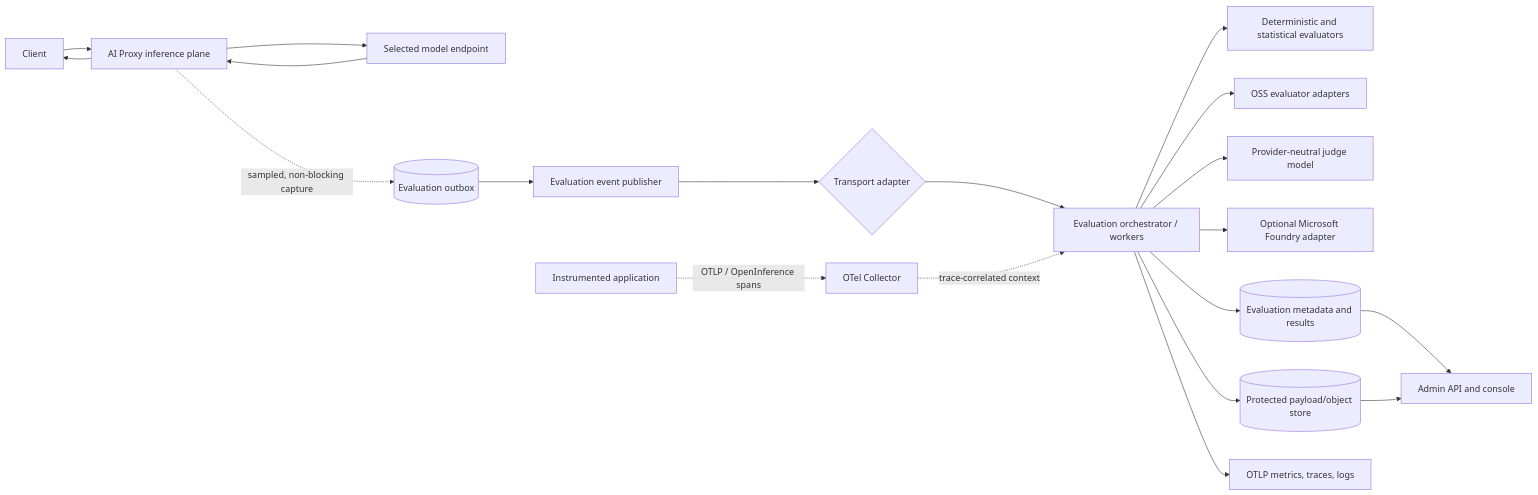
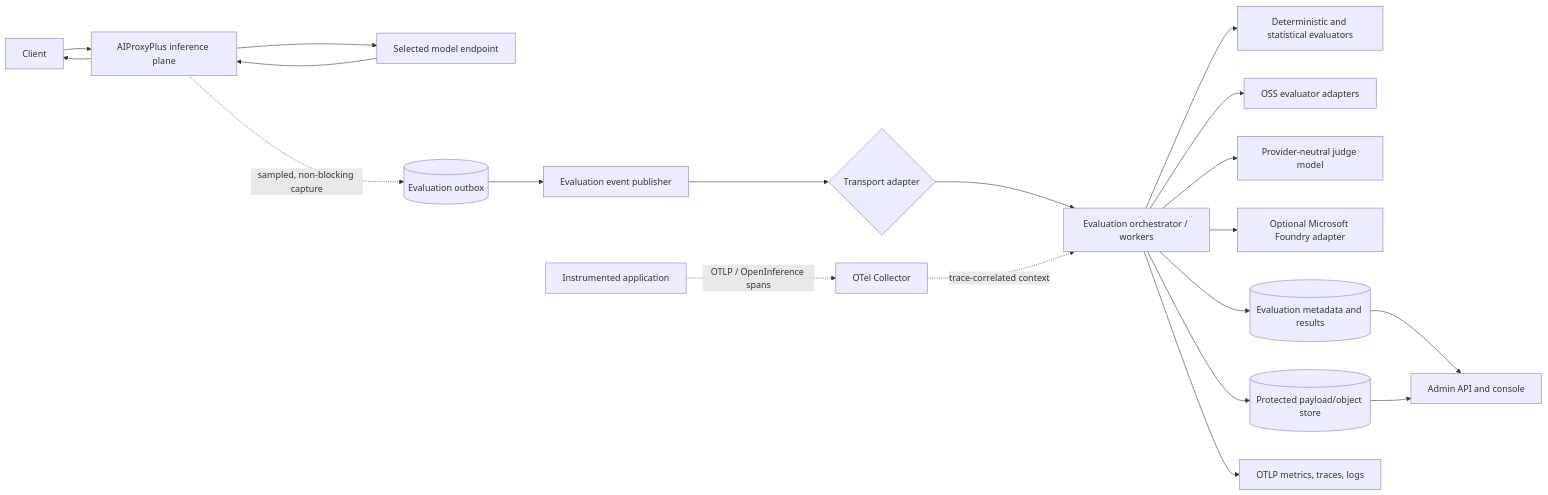
One commit to azureholic/AIProxyPlus changed the diagram in specs/architecture/architecture-evals.md. Above: the diagram before and after it, drawn with Mermaid. The commit also changed other lines of this file and 617 other files, not shown here.

Commit message:
Rename solution to AIProxyPlus

````diff
--- a/specs/architecture/architecture-evals.md
+++ b/specs/architecture/architecture-evals.md
@@ -94,25 +94,25 @@
 ```mermaid
 flowchart LR
-    Client --> Proxy[AI Proxy inference plane]
+    Client --> Proxy[AIProxyPlus inference plane]
     Proxy --> Model[Selected model endpoint]
     Model --> Proxy
     Proxy --> Client
 
     Proxy -. sampled, non-blocking capture .-> Outbox[(Evaluation outbox)]
     App[Instrumented application] -. OTLP / OpenInference spans .-> Collector[OTel Collector]
     Outbox --> Publisher[Evaluation event publisher]
     Publisher --> Bus{Transport adapter}
     Bus --> Worker[Evaluation orchestrator / workers]
     Collector -. trace-correlated context .-> Worker
 
     Worker --> Code[Deterministic and statistical evaluators]
     Worker --> OSS[OSS evaluator adapters]
     Worker --> Judge[Provider-neutral judge model]
     Worker --> Foundry[Optional Microsoft Foundry adapter]
 
     Worker --> Results[(Evaluation metadata and results)]
     Worker --> Payloads[(Protected payload/object store)]
     Worker --> Telemetry[OTLP metrics, traces, logs]
     Results --> Admin[Admin API and console]
     Payloads --> Admin
 ```
````
